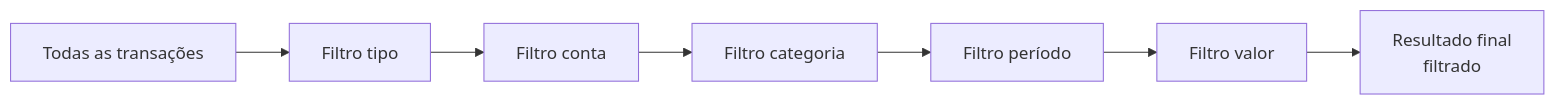
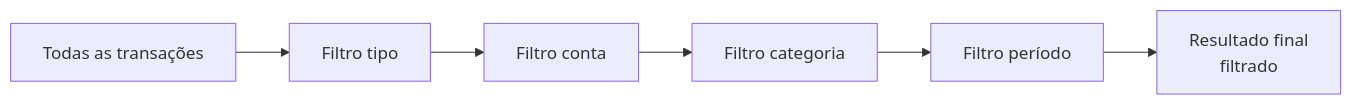
Before and after one commit to brunosmessias/nossa-grana: the first of 2 diagrams in docs/user-docs/04-transacoes.md, drawn with Mermaid. The commit also changed other lines of this file and 4 other files, not shown here.

````diff
--- a/docs/user-docs/04-transacoes.md
+++ b/docs/user-docs/04-transacoes.md
@@ -42,9 +59,8 @@
 ```mermaid
 flowchart LR
     A[Todas as transações] --> B[Filtro tipo]
     B --> C[Filtro conta]
     C --> D[Filtro categoria]
     D --> E[Filtro período]
-    E --> F[Filtro valor]
-    F --> G[Resultado final<br/>filtrado]
+    E --> F[Resultado final<br/>filtrado]
 ```
````
